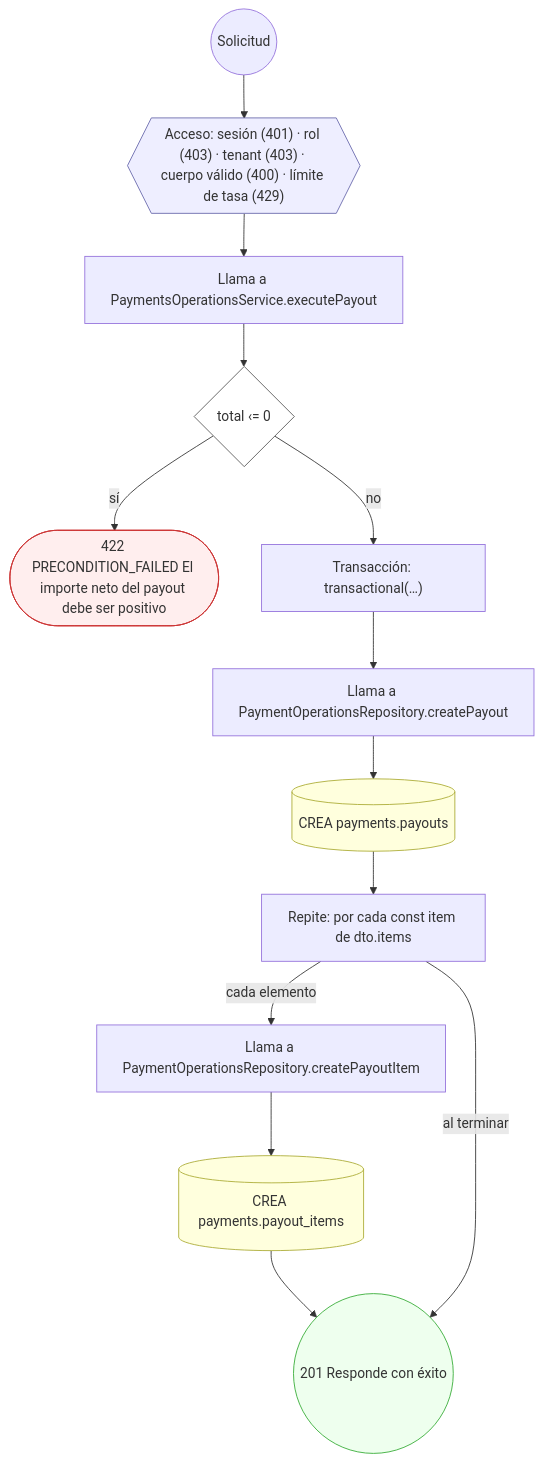
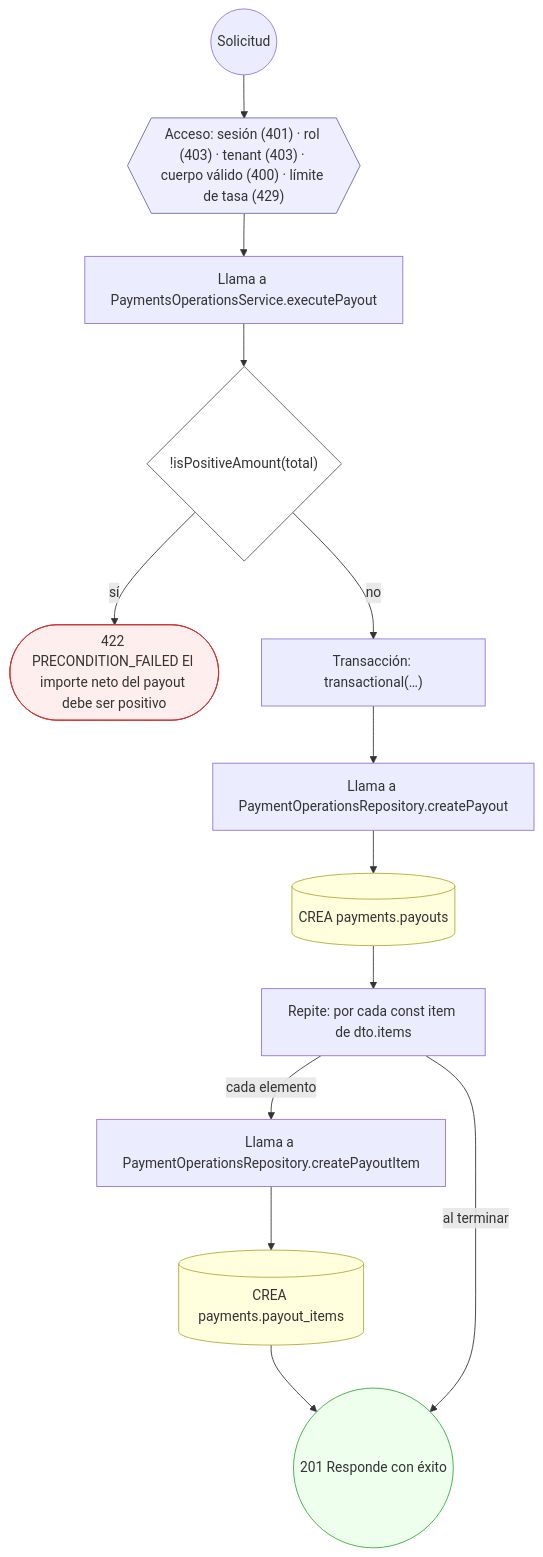
Before and after one commit to mdavila-2001/mantra-core-health-api: the tenth of 15 diagrams in docs/inventario/flujos/payments.md, drawn with Mermaid. The commit also changed other lines of this file and 438 other files, not shown here.

````diff
--- a/docs/inventario/flujos/payments.md
+++ b/docs/inventario/flujos/payments.md
@@ -705,33 +735,33 @@
 ```mermaid
 flowchart TD
   n1(("Solicitud")):::inicio
   n2{{"Acceso: sesión (401) · rol (403) · tenant (403) · cuerpo válido (400) · límite de tasa (429)"}}:::acceso
   n1 --> n2
   n3["Llama a PaymentsOperationsService.executePayout"]:::llamada
   n2 --> n3
-  n4{"total ‹= 0"}:::decision
+  n4{"!isPositiveAmount(total)"}:::decision
   n3 --> n4
   n5(["422 PRECONDITION_FAILED El importe neto del payout debe ser positivo"]):::error
   n4 -->|"sí"| n5
   n6["Transacción: transactional(…)"]:::transaccion
   n4 -->|"no"| n6
   n7["Llama a PaymentOperationsRepository.createPayout"]:::llamada
   n6 --> n7
   n8[("CREA payments.payouts")]:::efecto
   n7 --> n8
   n9["Repite: por cada const item de dto.items"]:::bucle
   n8 --> n9
   n10["Llama a PaymentOperationsRepository.createPayoutItem"]:::llamada
   n9 -->|"cada elemento"| n10
   n11[("CREA payments.payout_items")]:::efecto
   n10 --> n11
   n12(("201 Responde con éxito")):::ok
   n11 --> n12
   n9 -->|"al terminar"| n12
   classDef acceso fill:#eef,stroke:#66a
   classDef error fill:#fee,stroke:#c33
   classDef ok fill:#efe,stroke:#3a3
   classDef efecto fill:#ffd,stroke:#aa3
   classDef decision fill:#fff,stroke:#555
   classDef corte fill:#eee,stroke:#999,stroke-dasharray: 4
 ```
````
